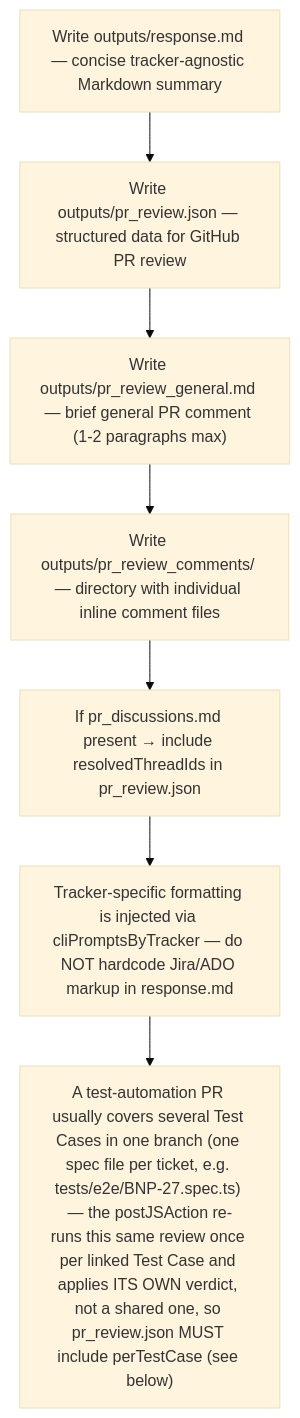
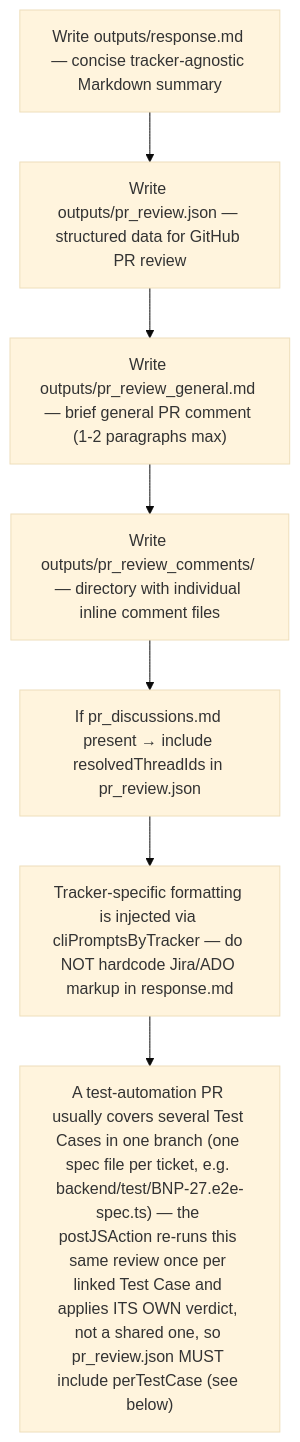
The diagram in .dmtools/agents/instructions/pr_test_automation_review/output_rules.md (kejno/bonapp), drawn with Mermaid (base theme) before and after one commit. The commit also changed other lines of this file and 10 other files, not shown here.

First line of the commit message:
fix: switch test-automation pipeline from Playwright to Vitest

````diff
--- a/.dmtools/agents/instructions/pr_test_automation_review/output_rules.md
+++ b/.dmtools/agents/instructions/pr_test_automation_review/output_rules.md
@@ -1,11 +1,11 @@
 ```mermaid
 flowchart TD
     O1["Write outputs/response.md — concise tracker-agnostic Markdown summary"]
     O2["Write outputs/pr_review.json — structured data for GitHub PR review"]
     O3["Write outputs/pr_review_general.md — brief general PR comment (1-2 paragraphs max)"]
     O4["Write outputs/pr_review_comments/ — directory with individual inline comment files"]
     O5["If pr_discussions.md present → include resolvedThreadIds in pr_review.json"]
     O6["Tracker-specific formatting is injected via cliPromptsByTracker — do NOT hardcode Jira/ADO markup in response.md"]
-    O7["A test-automation PR usually covers several Test Cases in one branch (one spec file per ticket, e.g. tests/e2e/BNP-27.spec.ts) — the postJSAction re-runs this same review once per linked Test Case and applies ITS OWN verdict, not a shared one, so pr_review.json MUST include perTestCase (see below)"]
+    O7["A test-automation PR usually covers several Test Cases in one branch (one spec file per ticket, e.g. backend/test/BNP-27.e2e-spec.ts) — the postJSAction re-runs this same review once per linked Test Case and applies ITS OWN verdict, not a shared one, so pr_review.json MUST include perTestCase (see below)"]
     O1 --> O2 --> O3 --> O4 --> O5 --> O6 --> O7
 ```
````
